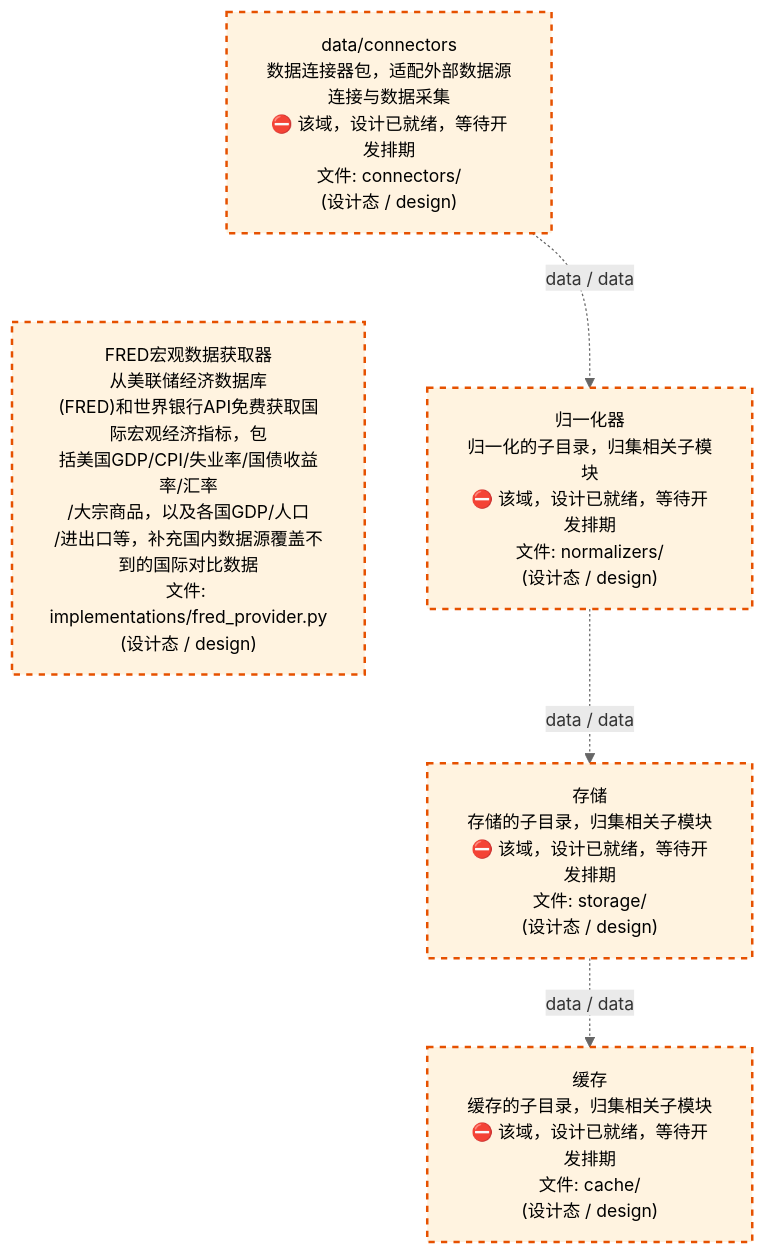
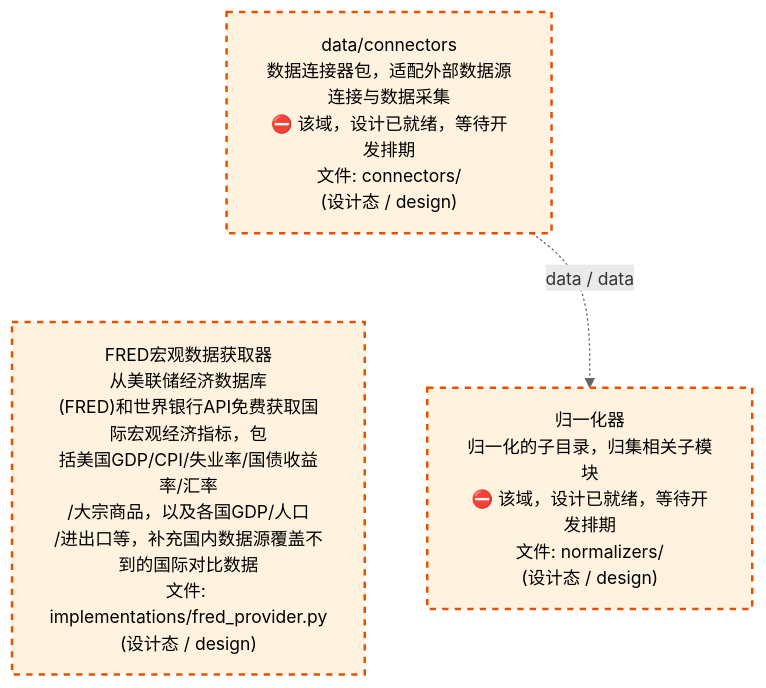
Before and after one commit to xuanFelixVan/ZephyrAlpha: the third of 4 diagrams in docs/02_enterprise_architecture/02_domain_architecture_docs/11_d_data.md, drawn with Mermaid. The commit also changed other lines of this file and 4 other files, not shown here.

````diff
--- a/docs/02_enterprise_architecture/02_domain_architecture_docs/11_d_data.md
+++ b/docs/02_enterprise_architecture/02_domain_architecture_docs/11_d_data.md
@@ -1356,18 +1350,14 @@
 ```mermaid
 %%{init: {'theme': 'base', 'themeVariables': {'primaryColor': '#eaeaea', 'primaryTextColor': '#333333', 'primaryBorderColor': '#666666', 'lineColor': '#666666', 'secondaryColor': '#eaeaea', 'tertiaryColor': '#eaeaea', 'fontSize': '14px'}}}%%
 flowchart TD
     src_zephyr_data_connectors["data/connectors<br/>数据连接器包，适配外部数据源连接与数据采集<br/>⛔ 该域，设计已就绪，等待开发排期<br/>文件: connectors/<br/>(设计态 / design)"]
     src_zephyr_data_implementations_fred_provider_py["FRED宏观数据获取器<br/>从美联储经济数据库<br/>(FRED)和世界银行API免费获取国际宏观经济指标，包<br/>括美国GDP/CPI/失业率/国债收益率/汇率<br/>/大宗商品，以及各国GDP/人口<br/>/进出口等，补充国内数据源覆盖不到的国际对比数据<br/>文件: implementations/fred_provider.py<br/>(设计态 / design)"]
     src_zephyr_data_connectors ~~~ src_zephyr_data_implementations_fred_provider_py
     src_zephyr_data_normalizers["归一化器<br/>归一化的子目录，归集相关子模块<br/>⛔ 该域，设计已就绪，等待开发排期<br/>文件: normalizers/<br/>(设计态 / design)"]
-    src_zephyr_data_storage["存储<br/>存储的子目录，归集相关子模块<br/>⛔ 该域，设计已就绪，等待开发排期<br/>文件: storage/<br/>(设计态 / design)"]
-    src_zephyr_data_cache["缓存<br/>缓存的子目录，归集相关子模块<br/>⛔ 该域，设计已就绪，等待开发排期<br/>文件: cache/<br/>(设计态 / design)"]
     src_zephyr_data_connectors -.->|data / data| src_zephyr_data_normalizers
-    src_zephyr_data_normalizers -.->|data / data| src_zephyr_data_storage
-    src_zephyr_data_storage -.->|data / data| src_zephyr_data_cache
     classDef production fill:#e1f5fe,stroke:#01579b,stroke-width:2px,color:#000
     classDef design fill:#fff3e0,stroke:#e65100,stroke-width:2px,color:#000,stroke-dasharray: 5 5
     classDef external_prod fill:#e8f4fd,stroke:#0277bd,stroke-width:1px,color:#000
     classDef external_design fill:#fff8e7,stroke:#ef6c00,stroke-width:1px,color:#000,stroke-dasharray: 5 5
-    class src_zephyr_data_cache,src_zephyr_data_connectors,src_zephyr_data_implementations_fred_provider_py,src_zephyr_data_normalizers,src_zephyr_data_storage design
+    class src_zephyr_data_connectors,src_zephyr_data_implementations_fred_provider_py,src_zephyr_data_normalizers design
 ```
````
